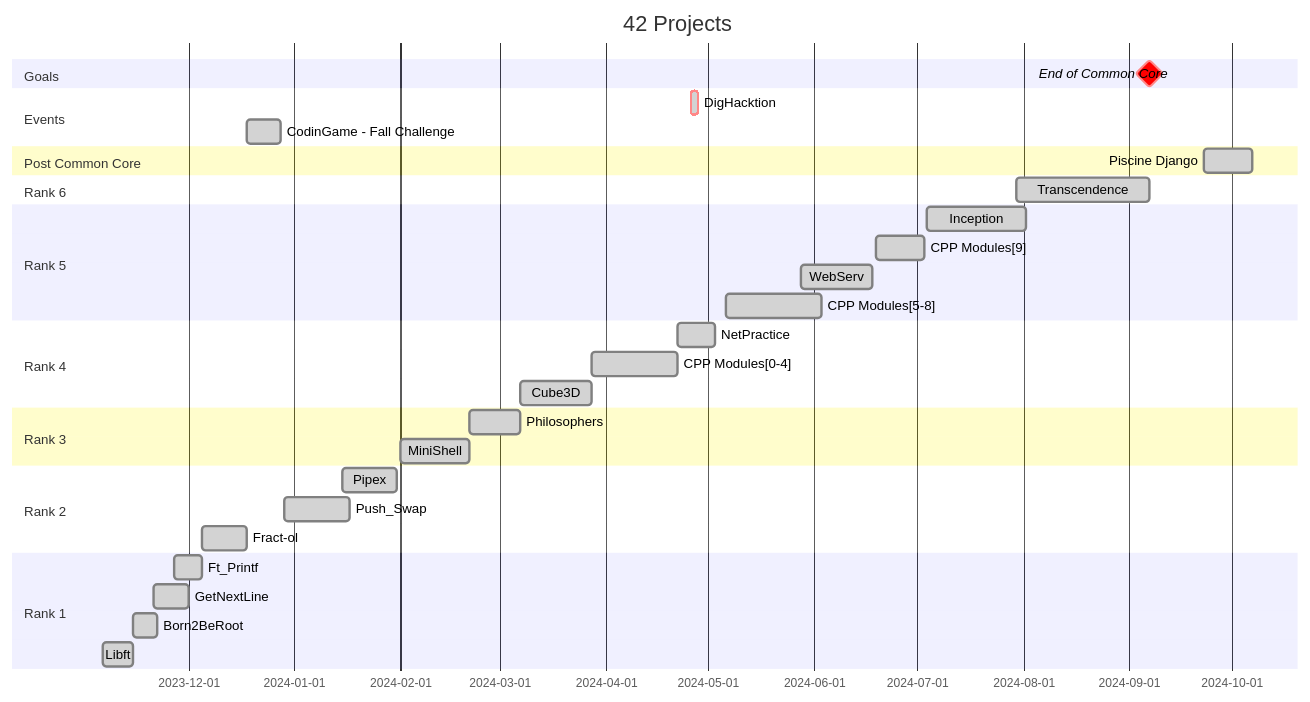
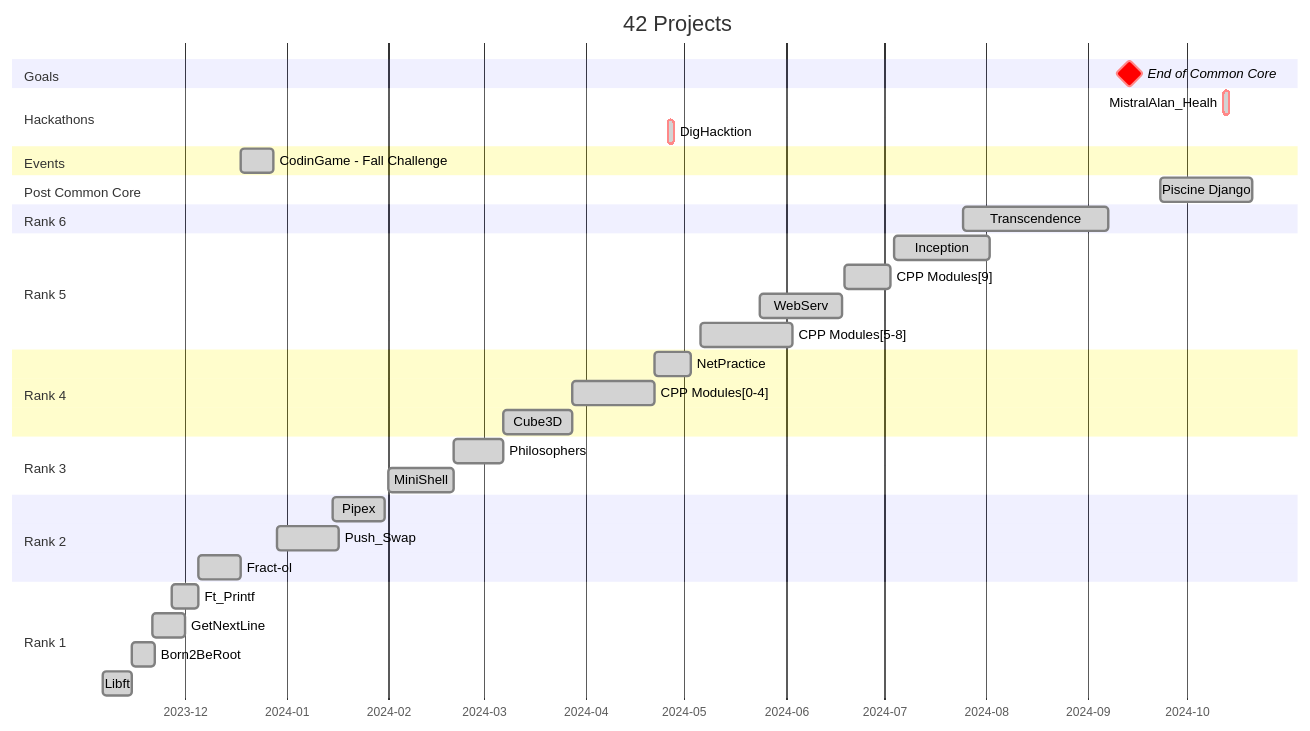
The diagram in README.md (Tablerase/42_Projects), drawn with Mermaid before and after one commit. The commit also changed 1 other file, not shown here.

Commit message:
refactor: timeline and fix write

````diff
--- a/README.md
+++ b/README.md
@@ -93,44 +93,49 @@
 ```mermaid
 gantt
     title 42 Projects
     dateFormat  YYYY-MM-DD
+    axisFormat %Y-%m
+    todayMarker on
 
     section Goals
-    End of Common Core : milestone, crit, m1, 2024-09-07, 2024-09-07
+    End of Common Core : milestone, crit, m1, 2024-09-07, 2024-09-20
+
+    section Hackathons
+    MistralAlan_Healh : crit, done, 2024-10-12, 2024-10-14
+    DigHacktion : crit, done, 2024-04-26, 2024-04-28
 
     section Events
-    DigHacktion : crit, done, 2024-04-26, 2024-04-28
     CodinGame - Fall Challenge : done, 2023-12-18, 2023-12-28
 
     section Post Common Core
-    Piscine Django : done, 2024-09-23, 2w
+    Piscine Django : done, 2024-09-23, 4w
 
     section Rank 6
-    Transcendence : done, 2024-07-30, 2024-09-07
+    Transcendence : done, 2024-07-25, 2024-09-07
 
     section Rank 5
     Inception : done, 2024-07-04, 2024-08-02
     CPP Modules[9] : done, 2024-06-19, 2024-07-03
-    WebServ : done, 2024-05-28, 2024-06-18
+    WebServ : done, 2024-05-24, 2024-06-18
     CPP Modules[5-8] : done, 2024-05-06, 4w
 
     section Rank 4
     NetPractice : done, 2024-04-22, 2024-05-03
     CPP Modules[0-4] : done, 2024-03-28, 2024-04-22
     Cube3D :done, 2024-03-07, 2024-03-28
   
     section Rank 3
     Philosophers :done, 2024-02-21, 2024-03-07
     MiniShell :done, 2024-02-01, 2024-02-21
 
     section Rank 2
     Pipex :done, 2024-01-15, 2024-01-31
     Push_Swap :done, 2023-12-29, 2024-01-17
     Fract-ol :done, 2023-12-05, 2023-12-18
 
     section Rank 1
     Ft_Printf :done, 2023-11-27, 2023-12-05
     GetNextLine :done, 2023-11-21, 2023-12-01
     Born2BeRoot :done, 2023-11-15, 2023-11-22
     Libft :done, 2023-11-06, 2023-11-15
 ```
````
